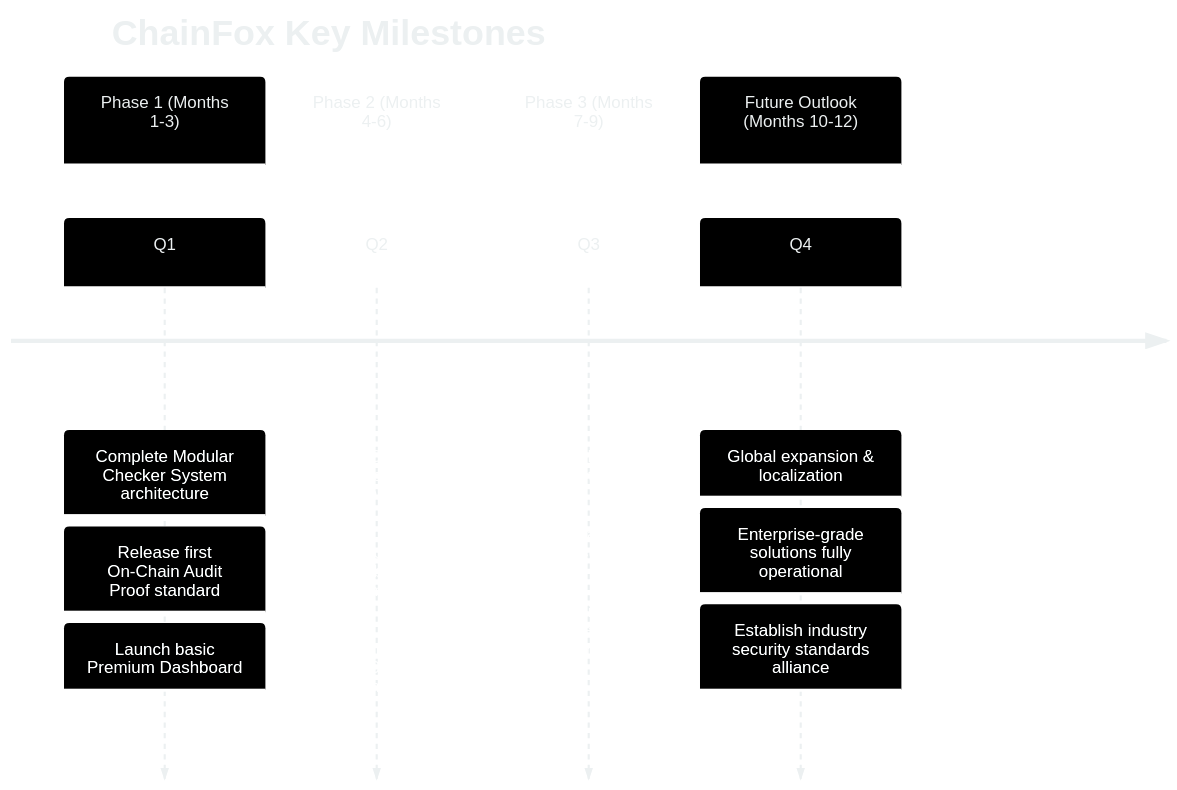
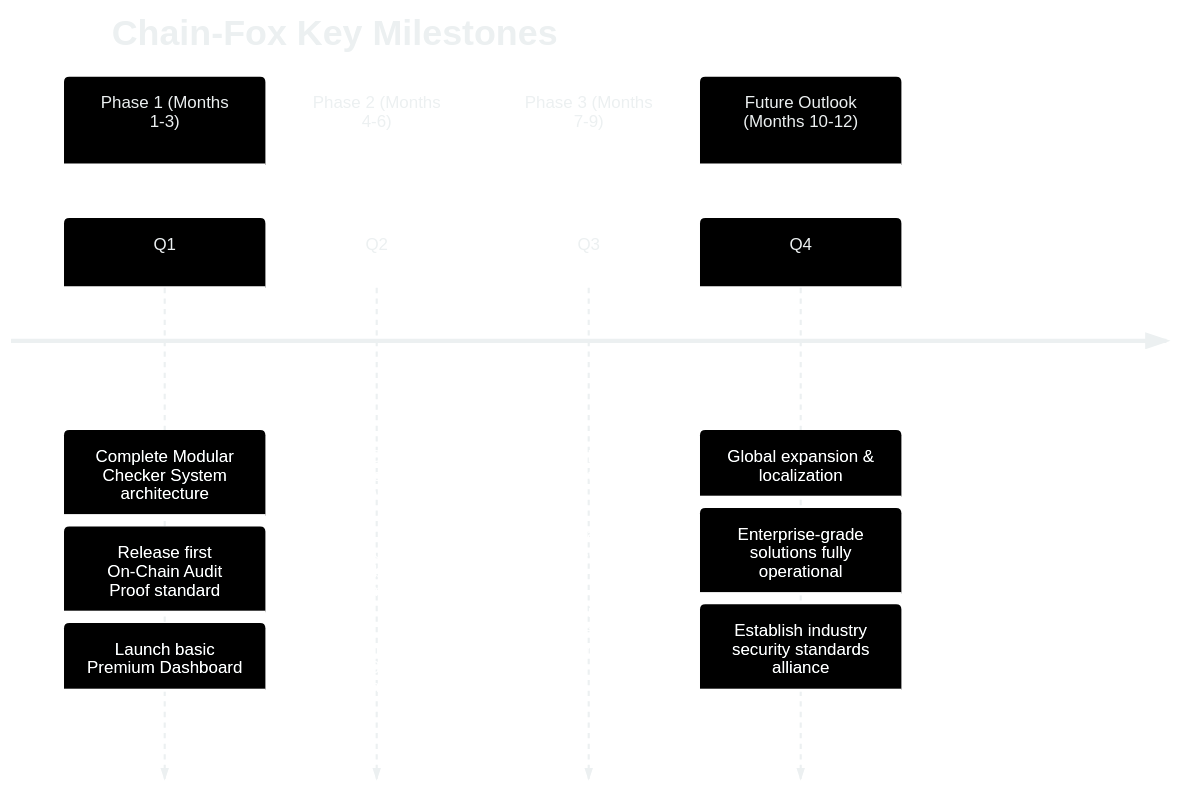
One commit to Chain-Fox/white-paper changed the third of 3 diagrams in chapters/07-roadmap.md. Above: the diagram before and after it, drawn with Mermaid. The commit also changed other lines of this file and 3 other files, not shown here.

````diff
--- a/chapters/07-roadmap.md
+++ b/chapters/07-roadmap.md
@@ -219,33 +219,33 @@
 ```mermaid
 %%{init: {
   'theme': 'base',
   'themeVariables': {
     'primaryColor': '#2C3E50',
     'primaryTextColor': '#ECF0F1',
     'primaryBorderColor': '#34495E',
     'lineColor': '#AEB6BF',
     'secondaryColor': 'transparent',
     'tertiaryColor': 'transparent',
     'fontFamily': 'Arial, sans-serif',
     'fontSize': '16px'
   }
 }}%%
 timeline
-    title ChainFox Key Milestones
+    title Chain-Fox Key Milestones
     section Phase 1 (Months 1-3)
         Q1: Complete Modular Checker System architecture
         : Release first On-Chain Audit Proof standard
         : Launch basic Premium Dashboard
     section Phase 2 (Months 4-6)
         Q2: Security Simulation Sandbox Beta release
         : Launch Contribution Leaderboard & incentive mechanism
         : Complete integration with 10 major blockchain platforms
     section Phase 3 (Months 7-9)
         Q3: Web3 AI Copilot public testing
         : Host inaugural Security Competition
         : Complete integration with 5 major token launchpads
     section Future Outlook (Months 10-12)
         Q4: Global expansion & localization
         : Enterprise-grade solutions fully operational
         : Establish industry security standards alliance
 ```
````
